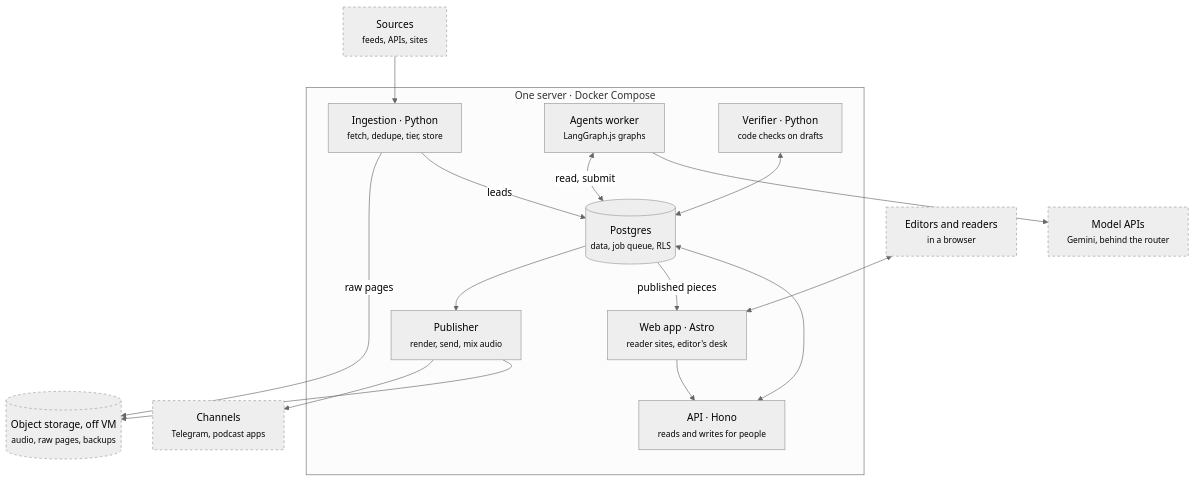
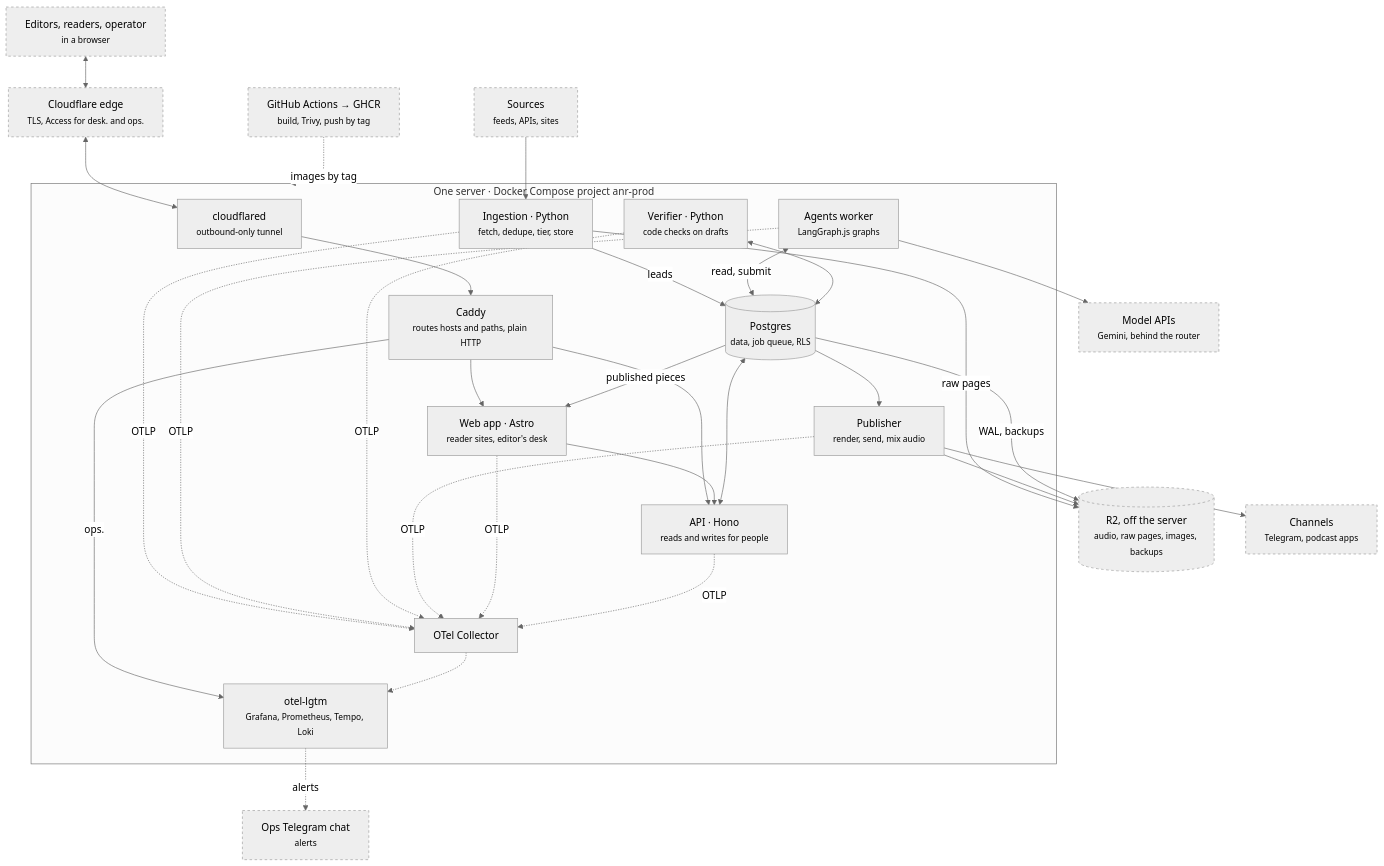
Before and after one commit to mehrad77/AgenticNewsRoom: the first of 5 diagrams in docs/technical-design.md, drawn with Mermaid (neutral theme). The commit also changed other lines of this file and 7 other files, not shown here.

````diff
--- a/docs/technical-design.md
+++ b/docs/technical-design.md
@@ -33,31 +37,48 @@
 ```mermaid
 flowchart TB
   SRC["Sources<br/><small>feeds, APIs, sites</small>"]:::ext
   MOD["Model APIs<br/><small>Gemini, behind the router</small>"]:::ext
-  subgraph VM["One server · Docker Compose"]
+  PEOPLE["Editors, readers, operator<br/><small>in a browser</small>"]:::ext
+  CF["Cloudflare edge<br/><small>TLS, Access for desk. and ops.</small>"]:::ext
+  subgraph VM["One server · Docker Compose project anr-prod"]
+    CFD["cloudflared<br/><small>outbound-only tunnel</small>"]
+    CAD["Caddy<br/><small>routes hosts and paths, plain HTTP</small>"]
     ING["Ingestion · Python<br/><small>fetch, dedupe, tier, store</small>"]
     AG["Agents worker<br/><small>LangGraph.js graphs</small>"]
     VER["Verifier · Python<br/><small>code checks on drafts</small>"]
     PG[("Postgres<br/><small>data, job queue, RLS</small>")]
     PUB["Publisher<br/><small>render, send, mix audio</small>"]
     WEB["Web app · Astro<br/><small>reader sites, editor's desk</small>"]
     API["API · Hono<br/><small>reads and writes for people</small>"]
+    OTC["OTel Collector"]
+    LGTM["otel-lgtm<br/><small>Grafana, Prometheus, Tempo, Loki</small>"]
   end
-  R2[("Object storage, off VM<br/><small>audio, raw pages, backups</small>")]:::ext
-  PEOPLE["Editors and readers<br/><small>in a browser</small>"]:::ext
+  R2[("R2, off the server<br/><small>audio, raw pages, images, backups</small>")]:::ext
   CH["Channels<br/><small>Telegram, podcast apps</small>"]:::ext
+  TG["Ops Telegram chat<br/><small>alerts</small>"]:::ext
+  GH["GitHub Actions → GHCR<br/><small>build, Trivy, push by tag</small>"]:::ext
+  PEOPLE <--> CF
+  CF <--> CFD
+  CFD --> CAD
+  CAD --> WEB
+  CAD --> API
+  CAD -- ops. --> LGTM
   SRC --> ING
   ING -- raw pages --> R2
   ING -- leads --> PG
   AG <-- "read, submit" --> PG
   AG --> MOD
   VER <--> PG
   PG --> PUB
   PUB --> CH
   PUB --> R2
   API <--> PG
   WEB --> API
   PG -- published pieces --> WEB
-  PEOPLE <--> WEB
+  PG -- WAL, backups --> R2
+  ING & AG & VER & PUB & WEB & API -. OTLP .-> OTC
+  OTC -.-> LGTM
+  LGTM -. alerts .-> TG
+  GH -. images by tag .-> VM
   classDef ext stroke-dasharray: 4 4
 ```
````
